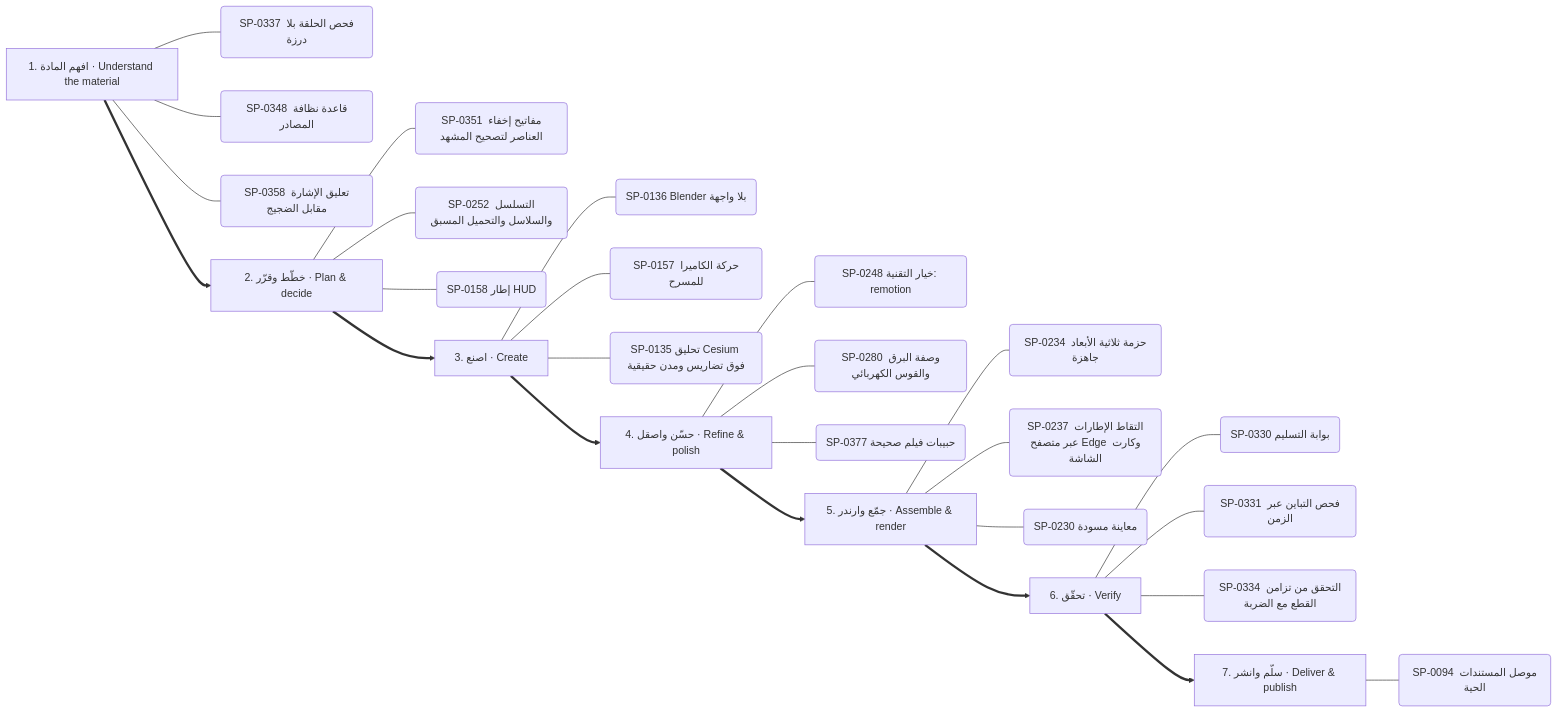
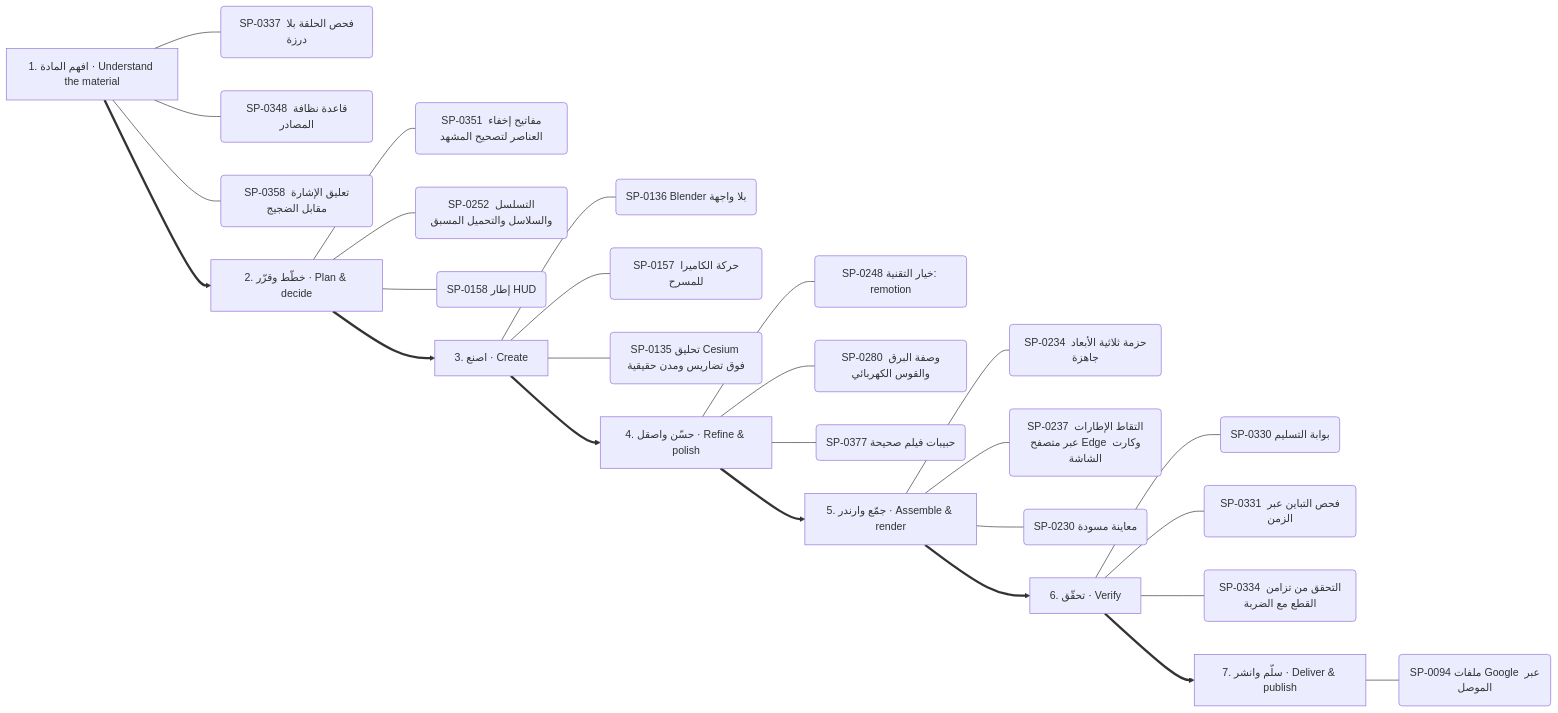
One commit to kosif199022-jpg/kosif-tool changed the eighth of 13 diagrams in .claude/skills/kosif-superpowers/references/capability-mindmap.md. Above: the diagram before and after it, drawn with Mermaid. The commit also changed other lines of this file and 37 other files, not shown here.

````diff
--- a/.claude/skills/kosif-superpowers/references/capability-mindmap.md
+++ b/.claude/skills/kosif-superpowers/references/capability-mindmap.md
@@ -407,35 +407,35 @@
 ```mermaid
 flowchart LR
   S0["1. افهم المادة · Understand the material"]
   S0 --- S0_0("SP-0337 فحص الحلقة بلا درزة")
   S0 --- S0_1("SP-0348 قاعدة نظافة المصادر")
   S0 --- S0_2("SP-0358 تعليق الإشارة مقابل الضجيج")
   S1["2. خطّط وقرّر · Plan & decide"]
   S1 --- S1_0("SP-0351 مفاتيح إخفاء العناصر لتصحيح المشهد")
   S1 --- S1_1("SP-0252 التسلسل والسلاسل والتحميل المسبق")
   S1 --- S1_2("SP-0158 إطار HUD")
   S0 ==> S1
   S2["3. اصنع · Create"]
   S2 --- S2_0("SP-0136 Blender بلا واجهة")
   S2 --- S2_1("SP-0157 حركة الكاميرا للمسرح")
   S2 --- S2_2("SP-0135 تحليق Cesium فوق تضاريس ومدن حقيقية")
   S1 ==> S2
   S3["4. حسّن واصقل · Refine & polish"]
   S3 --- S3_0("SP-0248 خيار التقنية: remotion")
   S3 --- S3_1("SP-0280 وصفة البرق والقوس الكهربائي")
   S3 --- S3_2("SP-0377 حبيبات فيلم صحيحة")
   S2 ==> S3
   S4["5. جمّع وارندر · Assemble & render"]
   S4 --- S4_0("SP-0234 حزمة ثلاثية الأبعاد جاهزة")
   S4 --- S4_1("SP-0237 التقاط الإطارات عبر متصفح Edge وكارت الشاشة")
   S4 --- S4_2("SP-0230 معاينة مسودة")
   S3 ==> S4
   S5["6. تحقّق · Verify"]
   S5 --- S5_0("SP-0330 بوابة التسليم")
   S5 --- S5_1("SP-0331 فحص التباين عبر الزمن")
   S5 --- S5_2("SP-0334 التحقق من تزامن القطع مع الضربة")
   S4 ==> S5
   S6["7. سلّم وانشر · Deliver & publish"]
-  S6 --- S6_0("SP-0094 موصل المستندات الحية")
+  S6 --- S6_0("SP-0094 ملفات Google عبر الموصل")
   S5 ==> S6
 ```
````
